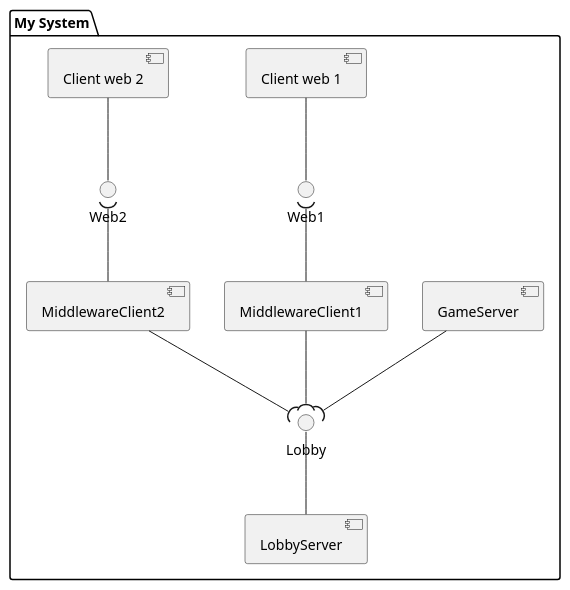
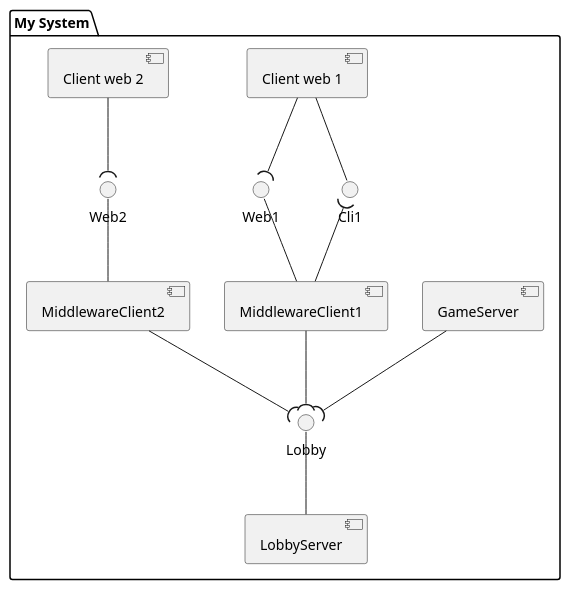
Before and after one commit to sybarry/Trivial_Pursuit_CL: the diagram in trivial-doc/modules/developement/examples/dc-global.puml, drawn with PlantUML.

Commit message:
Improve global component diagram

```diff
--- a/trivial-doc/modules/developement/examples/dc-global.puml
+++ b/trivial-doc/modules/developement/examples/dc-global.puml
@@ -1,32 +1,35 @@
 @startuml
 
 package "My System" {
 interface Web1
+interface Cli1
 interface Web2
 interface Lobby
 
 [GameServer]
 
 [LobbyServer]
 
 [MiddlewareClient1]
 [MiddlewareClient2]
 
 [Client web 1]
 [Client web 2]
 }
 
 
 [LobbyServer] -up-() Lobby
 
 [GameServer] --( Lobby
 MiddlewareClient1 --( Lobby
 MiddlewareClient2 --( Lobby
 
-[Client web 1] --() Web1
-Web1 )-- [MiddlewareClient1]
+[Client web 1] --() Cli1
+Cli1 )-- [MiddlewareClient1]
 
-[Client web 2] --() Web2
-Web2 )-- [MiddlewareClient2]
+[Client web 2] --( Web2
+[MiddlewareClient2] -up-() Web2
 
+[Client web 1] --( Web1
+[MiddlewareClient1] -up-() Web1
 @enduml
```
